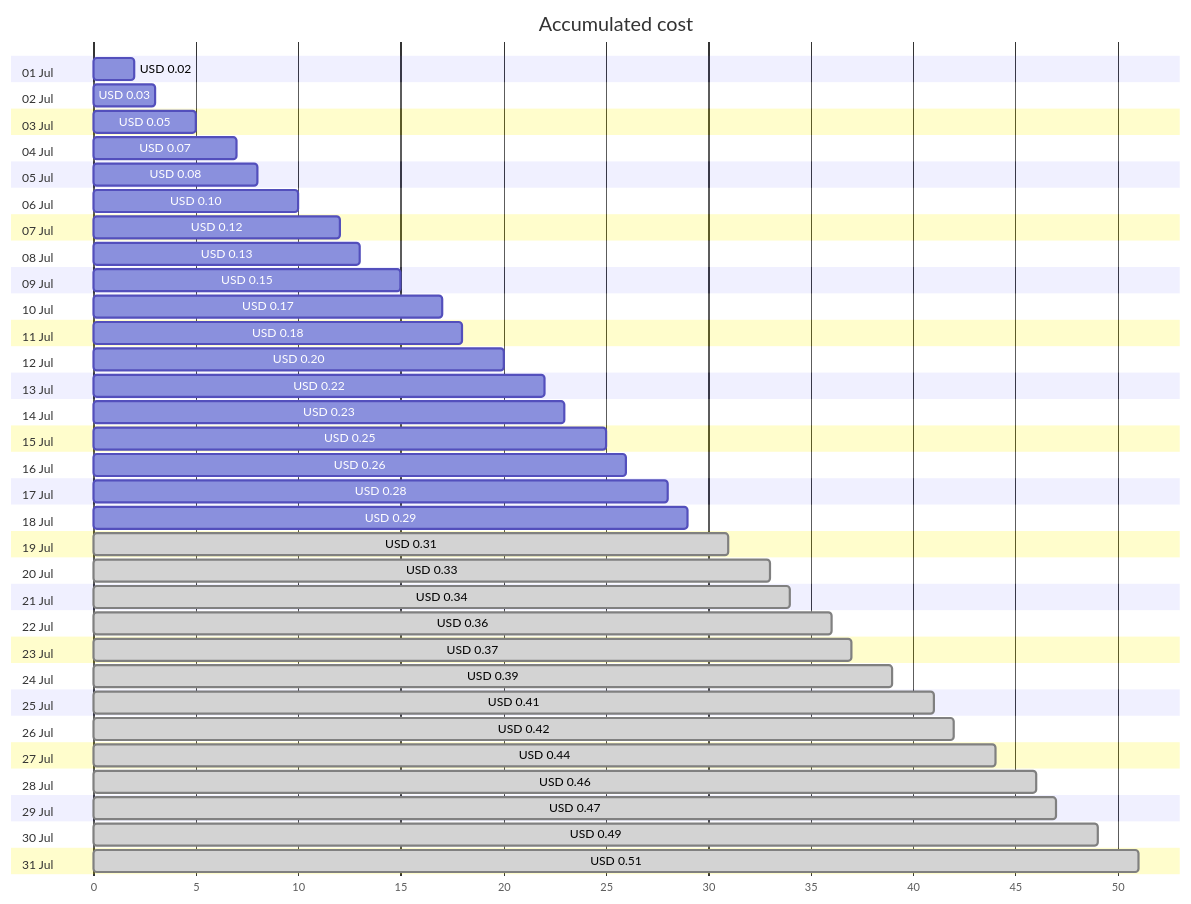
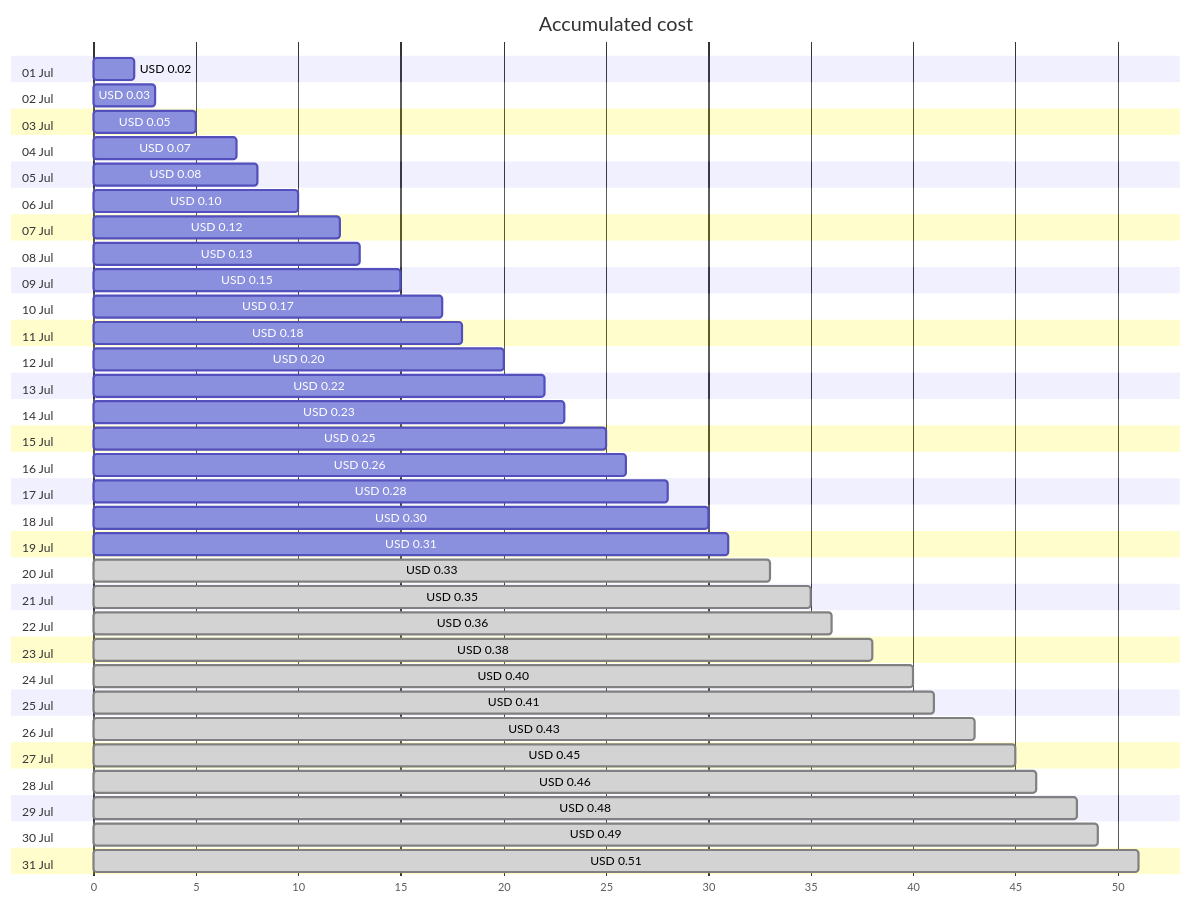
Before and after one commit to jpfulton/azure-personal-reports: the first of 4 diagrams in cost-reports/personal-dns/jpatrickfulton.dev.md, drawn with Mermaid. The commit also changed other lines of this file and 2 other files, not shown here.

````diff
--- a/cost-reports/personal-dns/jpatrickfulton.dev.md
+++ b/cost-reports/personal-dns/jpatrickfulton.dev.md
@@ -20,68 +20,68 @@
 ```mermaid
 gantt
    title Accumulated cost
    dateFormat  X
    axisFormat %s
    section 01 Jul
    USD 0.02 :0, 2
    section 02 Jul
    USD 0.03 :0, 3
    section 03 Jul
    USD 0.05 :0, 5
    section 04 Jul
    USD 0.07 :0, 7
    section 05 Jul
    USD 0.08 :0, 8
    section 06 Jul
    USD 0.10 :0, 10
    section 07 Jul
    USD 0.12 :0, 12
    section 08 Jul
    USD 0.13 :0, 13
    section 09 Jul
    USD 0.15 :0, 15
    section 10 Jul
    USD 0.17 :0, 17
    section 11 Jul
    USD 0.18 :0, 18
    section 12 Jul
    USD 0.20 :0, 20
    section 13 Jul
    USD 0.22 :0, 22
    section 14 Jul
    USD 0.23 :0, 23
    section 15 Jul
    USD 0.25 :0, 25
    section 16 Jul
    USD 0.26 :0, 26
    section 17 Jul
    USD 0.28 :0, 28
    section 18 Jul
-   USD 0.29 :0, 29
+   USD 0.30 :0, 30
    section 19 Jul
-   USD 0.31 : done, 0, 31
+   USD 0.31 :0, 31
    section 20 Jul
    USD 0.33 : done, 0, 33
    section 21 Jul
-   USD 0.34 : done, 0, 34
+   USD 0.35 : done, 0, 35
    section 22 Jul
    USD 0.36 : done, 0, 36
    section 23 Jul
-   USD 0.37 : done, 0, 37
+   USD 0.38 : done, 0, 38
    section 24 Jul
-   USD 0.39 : done, 0, 39
+   USD 0.40 : done, 0, 40
    section 25 Jul
    USD 0.41 : done, 0, 41
    section 26 Jul
-   USD 0.42 : done, 0, 42
+   USD 0.43 : done, 0, 43
    section 27 Jul
-   USD 0.44 : done, 0, 44
+   USD 0.45 : done, 0, 45
    section 28 Jul
    USD 0.46 : done, 0, 46
    section 29 Jul
-   USD 0.47 : done, 0, 47
+   USD 0.48 : done, 0, 48
    section 30 Jul
    USD 0.49 : done, 0, 49
    section 31 Jul
    USD 0.51 : done, 0, 51
 ```
````
